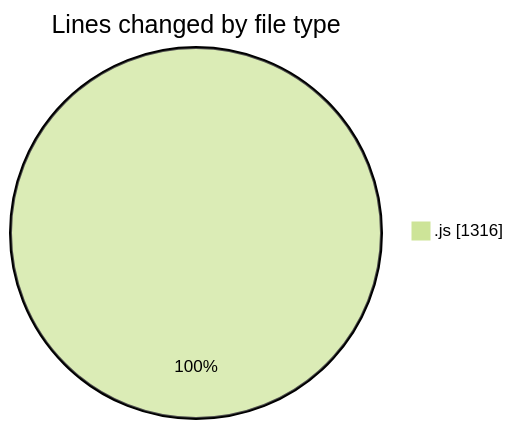
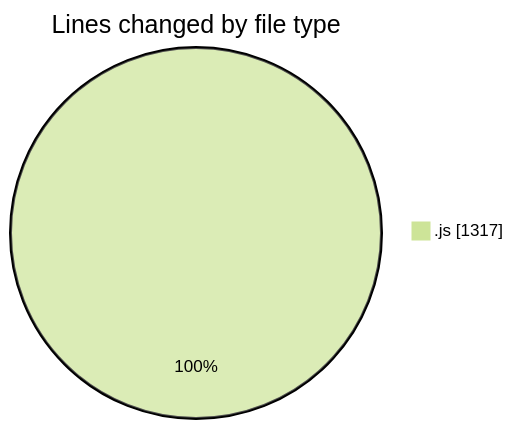
One commit to momahboobian/code-tracking changed the first of 2 diagrams in 2025-03-13/cda/README.md. Above: the diagram before and after it, drawn with Mermaid (forest theme). The commit also changed other lines of this file and 1 other file, not shown here.

````diff
--- a/2025-03-13/cda/README.md
+++ b/2025-03-13/cda/README.md
@@ -22,5 +22,5 @@
 ```mermaid
 pie showData
 title Lines changed by file type
-".js" : 1316
+".js" : 1317
 ```
````
